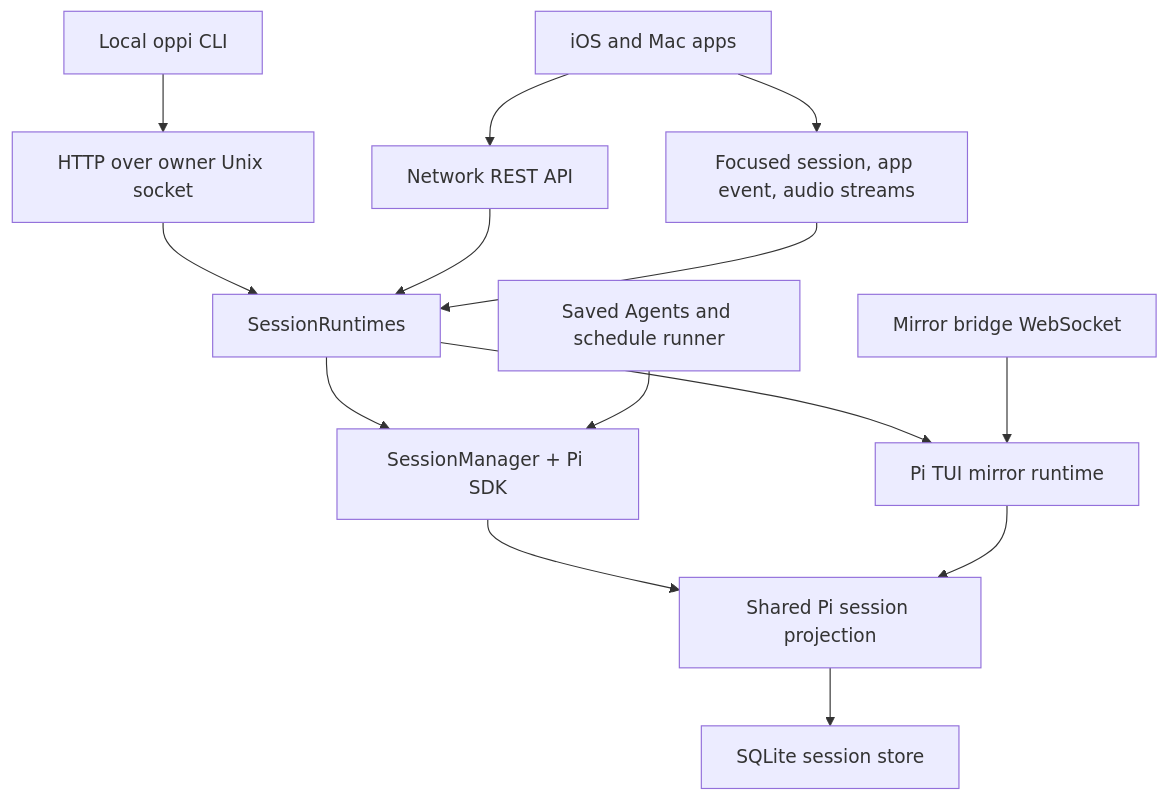
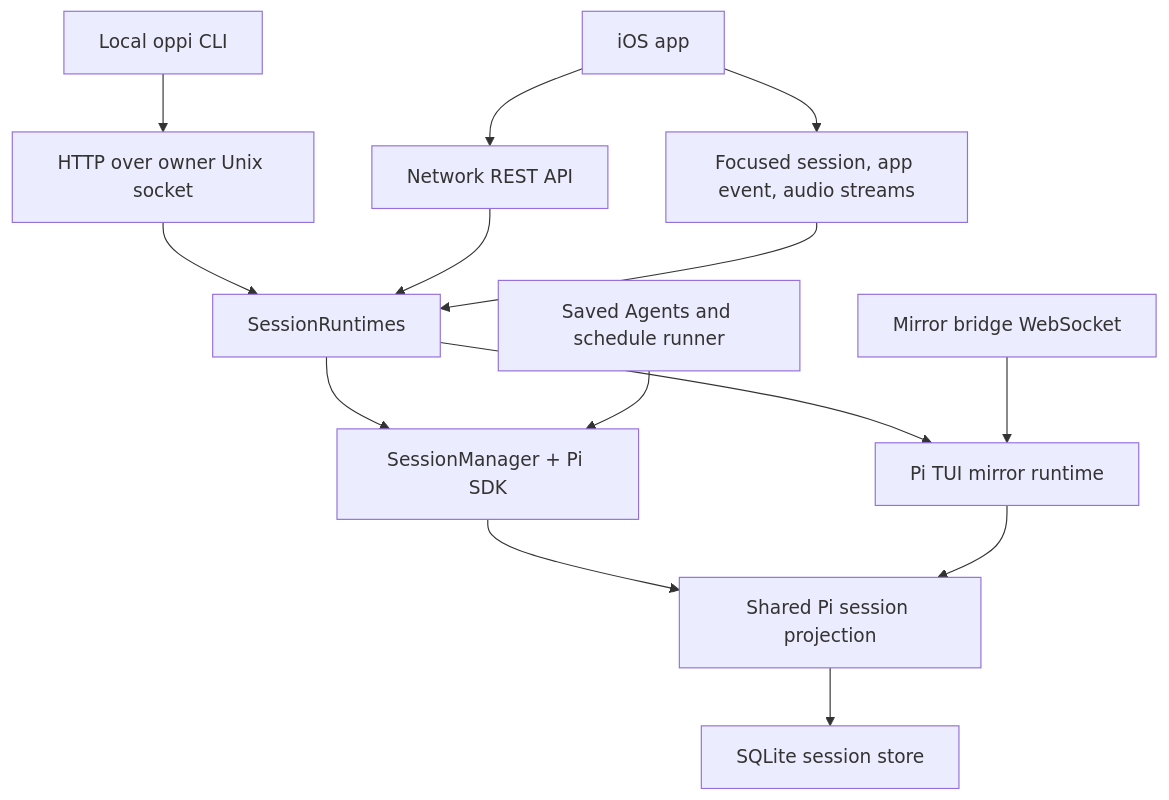
One commit to duh17/oppi changed the diagram in dev/architecture.md. Above: the diagram before and after it, drawn with Mermaid. The commit also changed other lines of this file and 16 other files, not shown here.

First line of the commit message:
docs: record the move from the AppKit Mac app to Mac Catalyst

````diff
--- a/dev/architecture.md
+++ b/dev/architecture.md
@@ -9,16 +9,16 @@
 ```mermaid
 graph TD
-  App[iOS and Mac apps] --> HTTP[Network REST API]
+  App[iOS app] --> HTTP[Network REST API]
   App --> Streams[Focused session, app event, audio streams]
   CLI[Local oppi CLI] --> LocalHTTP[HTTP over owner Unix socket]
   LocalHTTP --> Router[SessionRuntimes]
   HTTP --> Router
   Streams --> Router
   Router --> Managed[SessionManager + Pi SDK]
   Router --> Mirror[Pi TUI mirror runtime]
   Bridge[Mirror bridge WebSocket] --> Mirror
   Automations[Saved Agents and schedule runner] --> Managed
   Managed --> Projection[Shared Pi session projection]
   Mirror --> Projection
   Projection --> Storage[SQLite session store]
 ```
````
